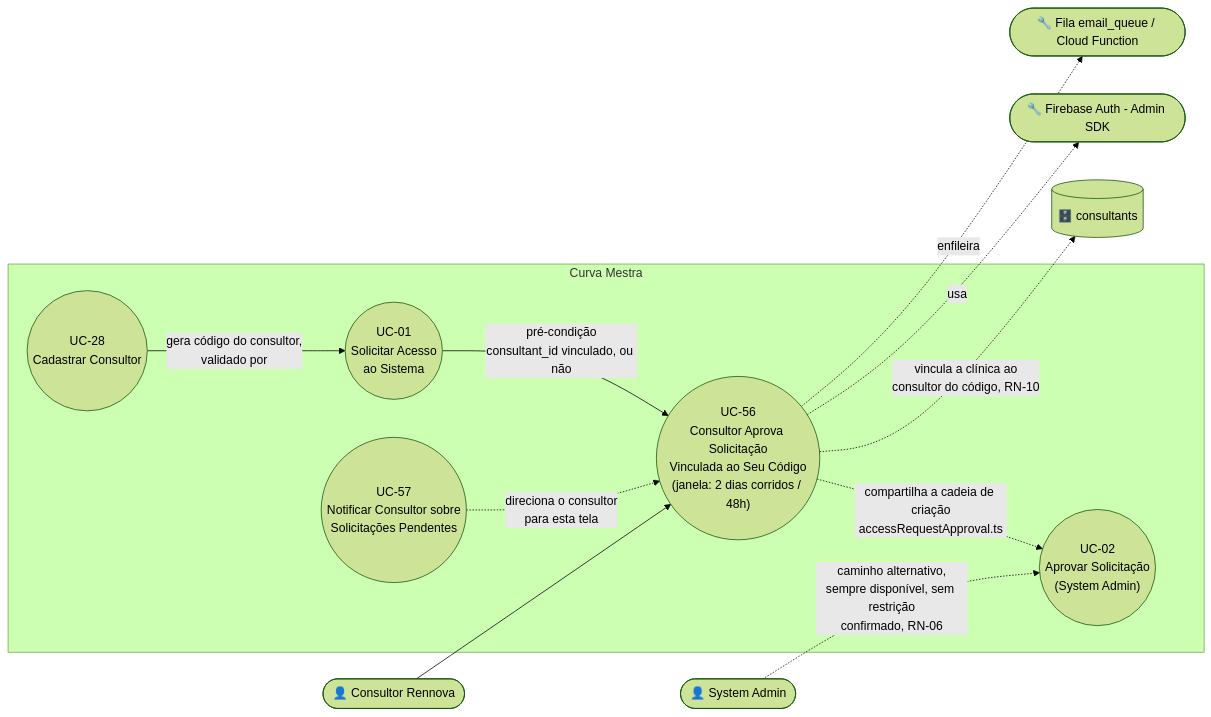
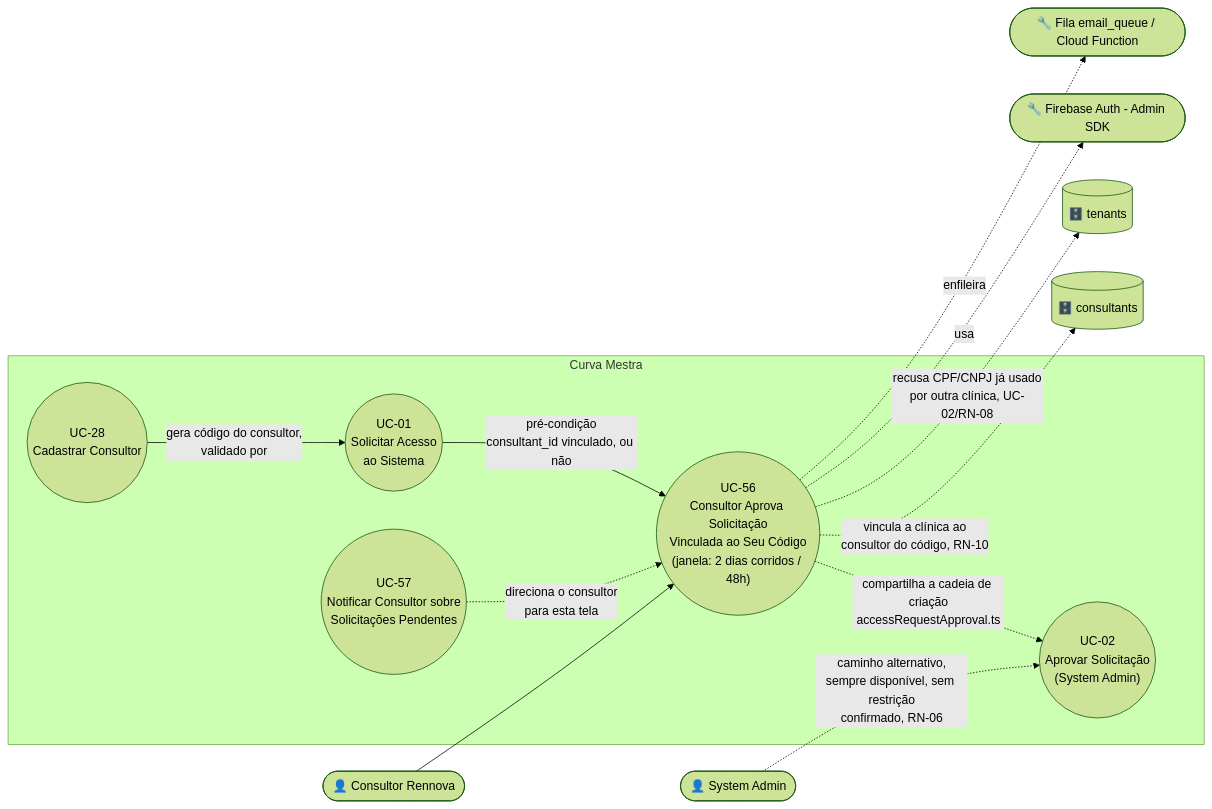
Before and after one commit to GScandelari/curva_mestra_system: the diagram in ONLY_FOR_DEVS/PO_BA_Docs/UC-56-consultor-aprova-solicitacao-vinculada-ao-codigo.md, drawn with Mermaid (forest theme). The commit also changed other lines of this file and 5 other files, not shown here.

````diff
--- a/ONLY_FOR_DEVS/PO_BA_Docs/UC-56-consultor-aprova-solicitacao-vinculada-ao-codigo.md
+++ b/ONLY_FOR_DEVS/PO_BA_Docs/UC-56-consultor-aprova-solicitacao-vinculada-ao-codigo.md
@@ -16,26 +16,28 @@
 ```mermaid
 flowchart LR
     Consultor([👤 Consultor Rennova])
     Admin([👤 System Admin])
     FirebaseAuth([🔧 Firebase Auth - Admin SDK])
     EmailQueue([🔧 Fila email_queue / Cloud Function])
     Consultants[("🗄️ consultants")]
+    Tenants[("🗄️ tenants")]
 
     subgraph Sistema["Curva Mestra"]
         UC01(("UC-01\nSolicitar Acesso\nao Sistema"))
         UC28(("UC-28\nCadastrar Consultor"))
         UC02(("UC-02\nAprovar Solicitação\n(System Admin)"))
         UC56(("UC-56\nConsultor Aprova Solicitação\nVinculada ao Seu Código\n(janela: 2 dias corridos / 48h)"))
         UC57(("UC-57\nNotificar Consultor sobre\nSolicitações Pendentes"))
     end
 
     UC28 -->|gera código do consultor,\nvalidado por| UC01
     UC01 -->|pré-condição\nconsultant_id vinculado, ou não| UC56
     Consultor --> UC56
     Admin -.->|caminho alternativo,\nsempre disponível, sem restrição\nconfirmado, RN-06| UC02
     UC56 -.->|compartilha a cadeia de criação\naccessRequestApproval.ts| UC02
     UC56 -.->|vincula a clínica ao\nconsultor do código, RN-10| Consultants
+    UC56 -.->|recusa CPF/CNPJ já usado\npor outra clínica, UC-02/RN-08| Tenants
     UC56 -.->|usa| FirebaseAuth
     UC56 -.->|enfileira| EmailQueue
     UC57 -.->|direciona o consultor\npara esta tela| UC56
 ```
````
